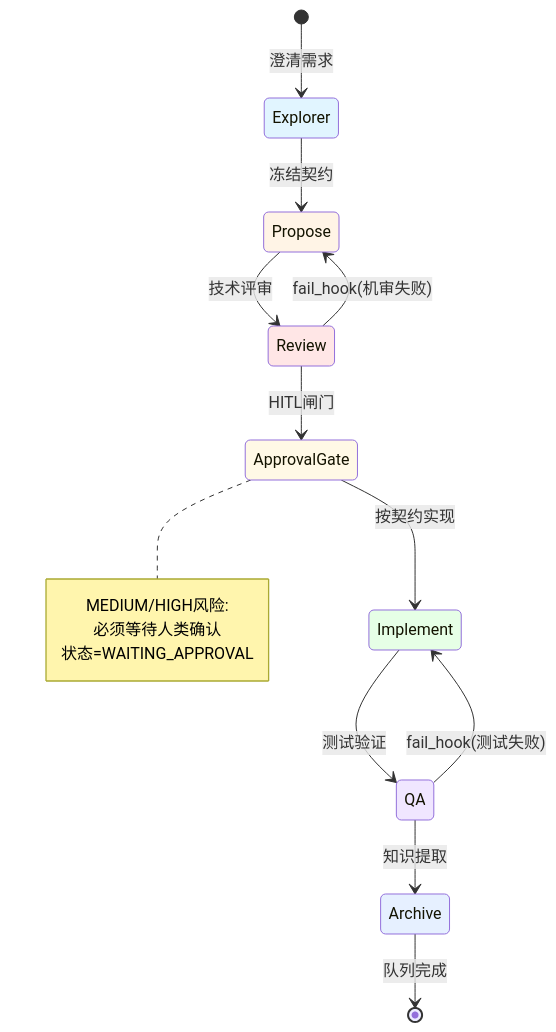
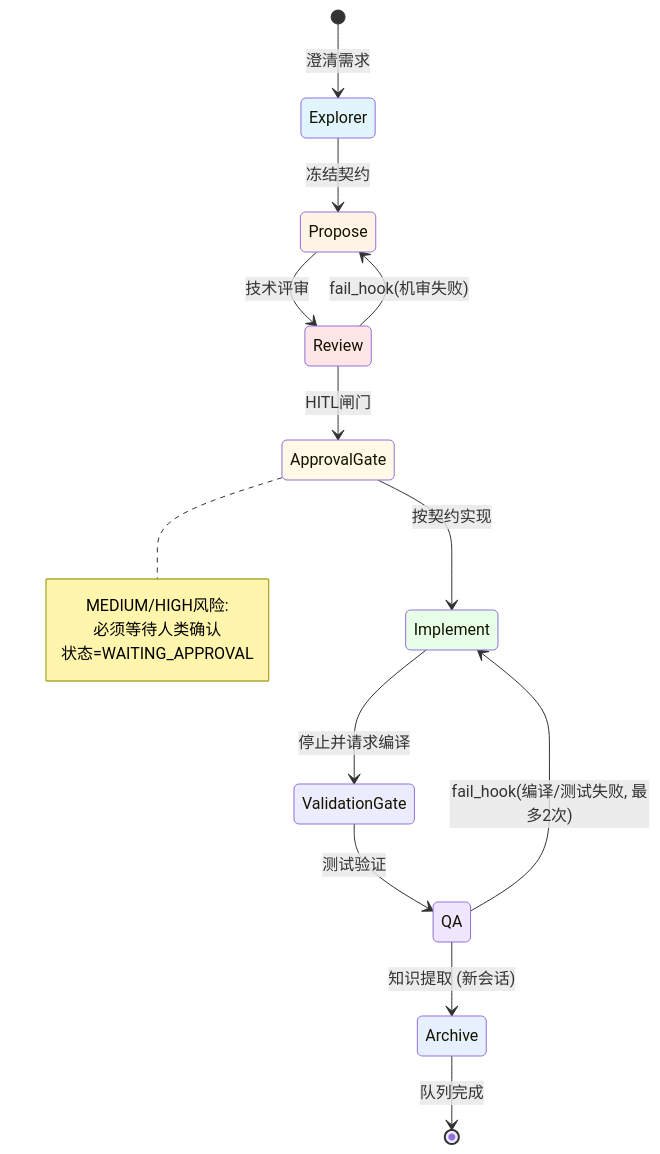
One commit to listener-He/java-harness-agent changed the second of 5 diagrams in README_zh.md. Above: the diagram before and after it, drawn with Mermaid. The commit also changed other lines of this file and 12 other files, not shown here.

````diff
--- a/README_zh.md
+++ b/README_zh.md
@@ -271,28 +306,29 @@
 ```mermaid
 stateDiagram-v2
     [*] --> Explorer: 澄清需求
     Explorer --> Propose: 冻结契约
     Propose --> Review: 技术评审
     Review --> ApprovalGate: HITL闸门
     ApprovalGate --> Implement: 按契约实现
-    Implement --> QA: 测试验证
-    QA --> Archive: 知识提取
+    Implement --> ValidationGate: 停止并请求编译
+    ValidationGate --> QA: 测试验证
+    QA --> Archive: 知识提取 (新会话)
     Archive --> [*]: 队列完成
     
     Review --> Propose: fail_hook(机审失败)
-    QA --> Implement: fail_hook(测试失败)
+    QA --> Implement: fail_hook(编译/测试失败, 最多2次)
     
     note right of ApprovalGate
         MEDIUM/HIGH风险:
         必须等待人类确认
         状态=WAITING_APPROVAL
     end note
     
     style Explorer fill:#e1f5ff
     style Propose fill:#fff4e6
     style Review fill:#ffe6e6
     style ApprovalGate fill:#fff9e6
     style Implement fill:#e6ffe6
     style QA fill:#f0e6ff
     style Archive fill:#e6f0ff
 ```
````
